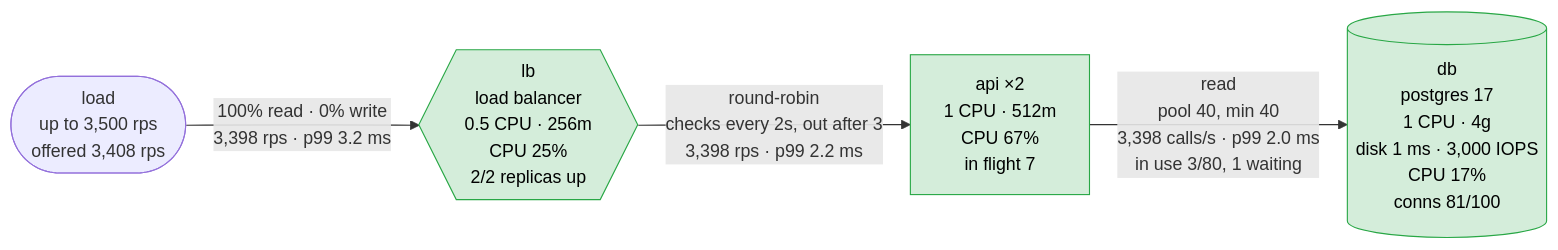
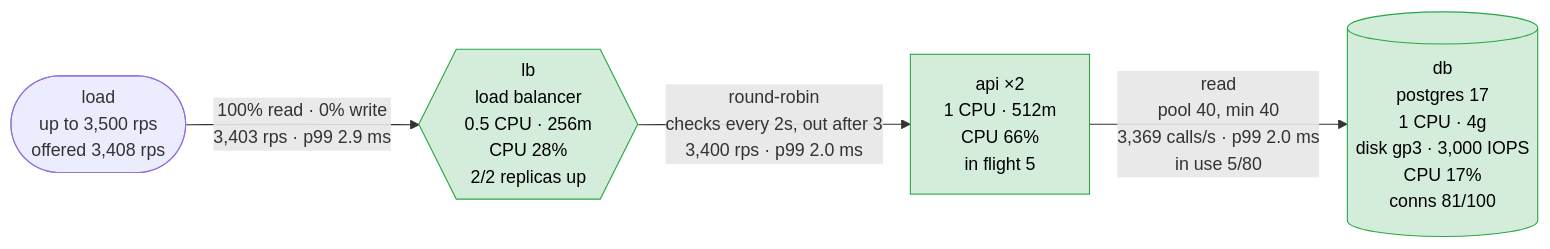
The first of 5 diagrams in scenarios/statement-day/solutions/more-memory/report.md (akinfemi/load-lore), drawn with Mermaid before and after one commit. The commit also changed other lines of this file and 125 other files, not shown here.

````diff
--- a/scenarios/statement-day/solutions/more-memory/report.md
+++ b/scenarios/statement-day/solutions/more-memory/report.md
@@ -17,14 +17,14 @@
 ```mermaid
 flowchart LR
     load(["load<br/>up to 3,500 rps<br/>offered 3,408 rps"])
-    lb{{"lb<br/>load balancer<br/>0.5 CPU · 256m<br/>CPU 25%<br/>2/2 replicas up"}}
-    api["api ×2<br/>1 CPU · 512m<br/>CPU 67%<br/>in flight 7"]
-    db[("db<br/>postgres 17<br/>1 CPU · 4g<br/>disk 1 ms · 3,000 IOPS<br/>CPU 17%<br/>conns 81/100")]
-    load -->|"100% read · 0% write<br/>3,398 rps · p99 3.2 ms"| lb
-    lb -->|"round-robin<br/>checks every 2s, out after 3<br/>3,398 rps · p99 2.2 ms"| api
-    api -->|"read<br/>pool 40, min 40<br/>3,398 calls/s · p99 2.0 ms<br/>in use 3/80, 1 waiting"| db
+    lb{{"lb<br/>load balancer<br/>0.5 CPU · 256m<br/>CPU 28%<br/>2/2 replicas up"}}
+    api["api ×2<br/>1 CPU · 512m<br/>CPU 66%<br/>in flight 5"]
+    db[("db<br/>postgres 17<br/>1 CPU · 4g<br/>disk gp3 · 3,000 IOPS<br/>CPU 17%<br/>conns 81/100")]
+    load -->|"100% read · 0% write<br/>3,403 rps · p99 2.9 ms"| lb
+    lb -->|"round-robin<br/>checks every 2s, out after 3<br/>3,400 rps · p99 2.0 ms"| api
+    api -->|"read<br/>pool 40, min 40<br/>3,369 calls/s · p99 2.0 ms<br/>in use 5/80"| db
     classDef ok fill:#d4edda,stroke:#28a745,color:#000
     classDef warm fill:#fff3cd,stroke:#d39e00,color:#000
     classDef hot fill:#f8d7da,stroke:#dc3545,color:#000
     class lb,api,db ok
 ```
````
